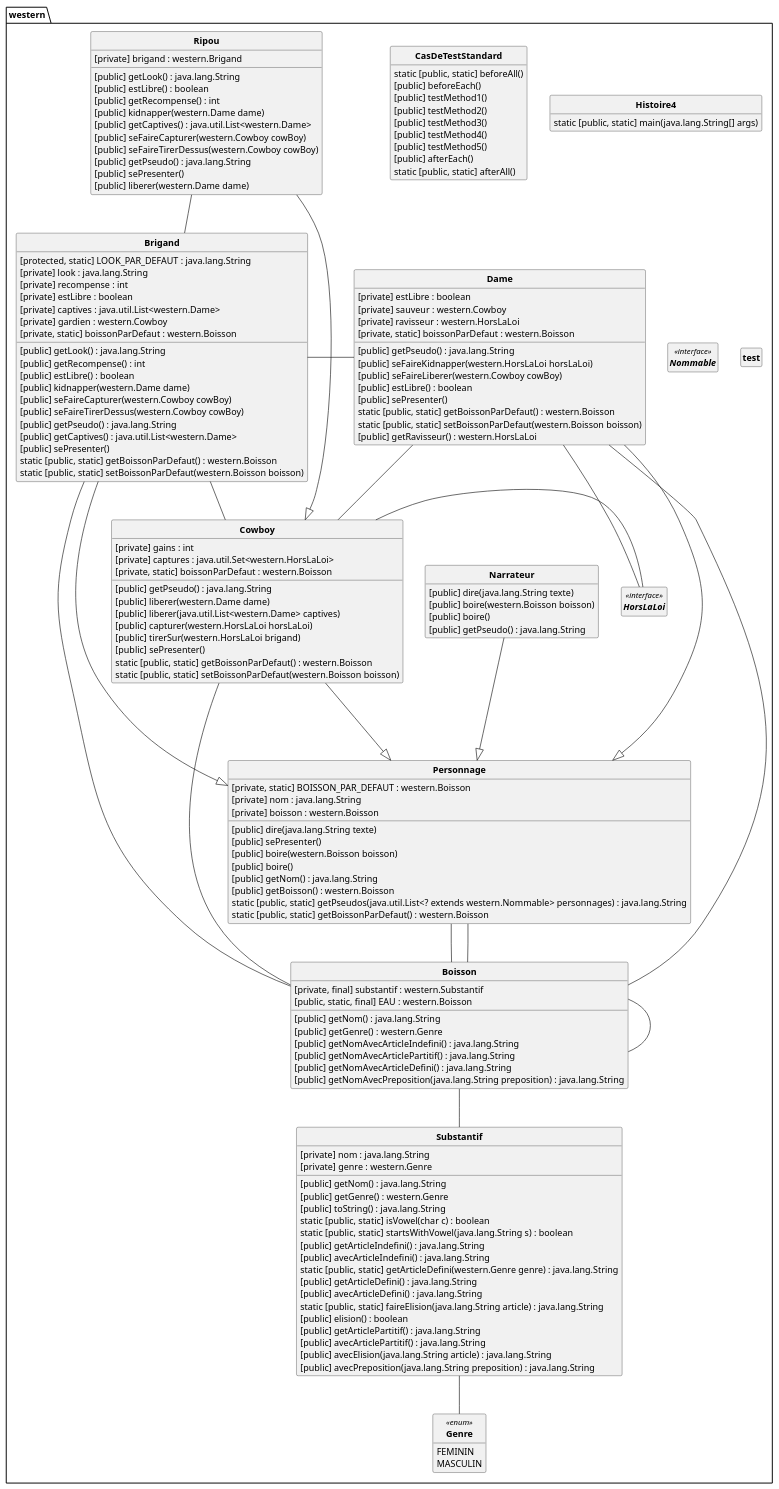
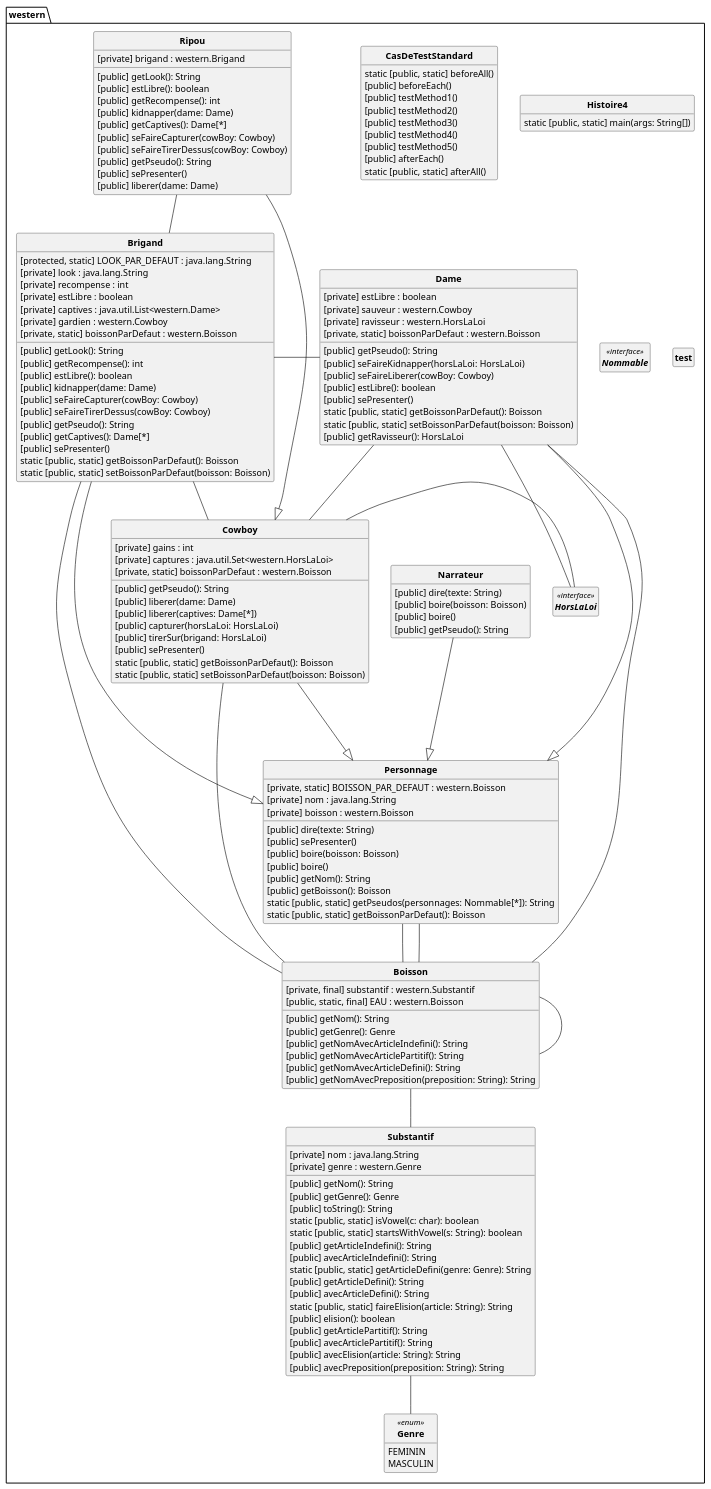
The diagram in src/pumlFromJava/DC_Western.puml (SylvainSchaefer/Java-to-PUML), drawn with PlantUML before and after one commit. The commit also changed other lines of this file and 8 other files, not shown here.

```diff
--- a/src/pumlFromJava/DC_Western.puml
+++ b/src/pumlFromJava/DC_Western.puml
@@ -1,189 +1,191 @@
 @startuml
 'https://plantuml.com/class-diagram
 skinparam style strictuml
 skinparam classAttributeIconSize 0
 skinparam classFontStyle Bold
 hide empty members
 
+'''DCA + 
 Class western.Boisson{
 [private, final] substantif : western.Substantif
 [public, static, final] EAU : western.Boisson
-[public] getNom() : java.lang.String
-[public] getGenre() : western.Genre
-[public] getNomAvecArticleIndefini() : java.lang.String
-[public] getNomAvecArticlePartitif() : java.lang.String
-[public] getNomAvecArticleDefini() : java.lang.String
-[public] getNomAvecPreposition(java.lang.String preposition) : java.lang.String
+[public] getNom(): String
+[public] getGenre(): Genre
+[public] getNomAvecArticleIndefini(): String
+[public] getNomAvecArticlePartitif(): String
+[public] getNomAvecArticleDefini(): String
+[public] getNomAvecPreposition(preposition: String): String
 
 }
 western.Boisson -- western.Substantif
 western.Boisson -- western.Boisson
 
 
 Class western.Brigand{
 [protected, static] LOOK_PAR_DEFAUT : java.lang.String
 [private] look : java.lang.String
 [private] recompense : int
 [private] estLibre : boolean
 [private] captives : java.util.List<western.Dame>
 [private] gardien : western.Cowboy
-[public] getLook() : java.lang.String
-[public] getRecompense() : int
-[public] estLibre() : boolean
-[public] kidnapper(western.Dame dame)
-[public] seFaireCapturer(western.Cowboy cowBoy)
-[public] seFaireTirerDessus(western.Cowboy cowBoy)
-[public] getPseudo() : java.lang.String
-[public] getCaptives() : java.util.List<western.Dame>
+[public] getLook(): String
+[public] getRecompense(): int
+[public] estLibre(): boolean
+[public] kidnapper(dame: Dame)
+[public] seFaireCapturer(cowBoy: Cowboy)
+[public] seFaireTirerDessus(cowBoy: Cowboy)
+[public] getPseudo(): String
+[public] getCaptives(): Dame[*]
 [public] sePresenter()
 [private, static] boissonParDefaut : western.Boisson
-static [public, static] getBoissonParDefaut() : western.Boisson
-static [public, static] setBoissonParDefaut(western.Boisson boisson)
+static [public, static] getBoissonParDefaut(): Boisson
+static [public, static] setBoissonParDefaut(boisson: Boisson)
 
 }
 western.Brigand - western.Dame
 western.Brigand -- western.Cowboy
 western.Brigand -- western.Boisson
 
 western.Brigand ---|> western.Personnage
 Class western.CasDeTestStandard{
 static [public, static] beforeAll()
 [public] beforeEach()
 [public] testMethod1()
 [public] testMethod2()
 [public] testMethod3()
 [public] testMethod4()
 [public] testMethod5()
 [public] afterEach()
 static [public, static] afterAll()
 
 }
 
 
 Class western.Cowboy{
 [private] gains : int
 [private] captures : java.util.Set<western.HorsLaLoi>
-[public] getPseudo() : java.lang.String
-[public] liberer(western.Dame dame)
-[public] liberer(java.util.List<western.Dame> captives)
-[public] capturer(western.HorsLaLoi horsLaLoi)
-[public] tirerSur(western.HorsLaLoi brigand)
+[public] getPseudo(): String
+[public] liberer(dame: Dame)
+[public] liberer(captives: Dame[*])
+[public] capturer(horsLaLoi: HorsLaLoi)
+[public] tirerSur(brigand: HorsLaLoi)
 [public] sePresenter()
 [private, static] boissonParDefaut : western.Boisson
-static [public, static] getBoissonParDefaut() : western.Boisson
-static [public, static] setBoissonParDefaut(western.Boisson boisson)
+static [public, static] getBoissonParDefaut(): Boisson
+static [public, static] setBoissonParDefaut(boisson: Boisson)
 
 }
 western.Cowboy - western.HorsLaLoi
 western.Cowboy -- western.Boisson
 
 western.Cowboy ---|> western.Personnage
 Class western.Dame{
 [private] estLibre : boolean
 [private] sauveur : western.Cowboy
 [private] ravisseur : western.HorsLaLoi
-[public] getPseudo() : java.lang.String
-[public] seFaireKidnapper(western.HorsLaLoi horsLaLoi)
-[public] seFaireLiberer(western.Cowboy cowBoy)
-[public] estLibre() : boolean
+[public] getPseudo(): String
+[public] seFaireKidnapper(horsLaLoi: HorsLaLoi)
+[public] seFaireLiberer(cowBoy: Cowboy)
+[public] estLibre(): boolean
 [public] sePresenter()
 [private, static] boissonParDefaut : western.Boisson
-static [public, static] getBoissonParDefaut() : western.Boisson
-static [public, static] setBoissonParDefaut(western.Boisson boisson)
-[public] getRavisseur() : western.HorsLaLoi
+static [public, static] getBoissonParDefaut(): Boisson
+static [public, static] setBoissonParDefaut(boisson: Boisson)
+[public] getRavisseur(): HorsLaLoi
 
 }
 western.Dame -- western.Cowboy
 western.Dame -- western.HorsLaLoi
 western.Dame -- western.Boisson
 
 western.Dame ---|> western.Personnage
 Enum western.Genre<<enum>> {
 FEMININ
 MASCULIN
 
 }
 Class western.Histoire4{
-static [public, static] main(java.lang.String[] args)
+static [public, static] main(args: String[])
 
 }
 
 
 Interface western.HorsLaLoi<<interface>> {
 }
 Class western.Narrateur{
-[public] dire(java.lang.String texte)
-[public] boire(western.Boisson boisson)
+[public] dire(texte: String)
+[public] boire(boisson: Boisson)
 [public] boire()
-[public] getPseudo() : java.lang.String
+[public] getPseudo(): String
 
 }
 
 western.Narrateur ---|> western.Personnage
 Interface western.Nommable<<interface>> {
 }
 Class western.Personnage{
 [private, static] BOISSON_PAR_DEFAUT : western.Boisson
 [private] nom : java.lang.String
 [private] boisson : western.Boisson
-[public] dire(java.lang.String texte)
+[public] dire(texte: String)
 [public] sePresenter()
-[public] boire(western.Boisson boisson)
+[public] boire(boisson: Boisson)
 [public] boire()
-[public] getNom() : java.lang.String
-[public] getBoisson() : western.Boisson
-static [public, static] getPseudos(java.util.List<? extends western.Nommable> personnages) : java.lang.String
-static [public, static] getBoissonParDefaut() : western.Boisson
+[public] getNom(): String
+[public] getBoisson(): Boisson
+static [public, static] getPseudos(personnages: Nommable[*]): String
+static [public, static] getBoissonParDefaut(): Boisson
 
 }
 western.Personnage -- western.Boisson
 western.Personnage -- western.Boisson
 
 
 Class western.Ripou{
 [private] brigand : western.Brigand
-[public] getLook() : java.lang.String
-[public] estLibre() : boolean
-[public] getRecompense() : int
-[public] kidnapper(western.Dame dame)
-[public] getCaptives() : java.util.List<western.Dame>
-[public] seFaireCapturer(western.Cowboy cowBoy)
-[public] seFaireTirerDessus(western.Cowboy cowBoy)
-[public] getPseudo() : java.lang.String
+[public] getLook(): String
+[public] estLibre(): boolean
+[public] getRecompense(): int
+[public] kidnapper(dame: Dame)
+[public] getCaptives(): Dame[*]
+[public] seFaireCapturer(cowBoy: Cowboy)
+[public] seFaireTirerDessus(cowBoy: Cowboy)
+[public] getPseudo(): String
 [public] sePresenter()
-[public] liberer(western.Dame dame)
+[public] liberer(dame: Dame)
 
 }
 western.Ripou -- western.Brigand
 
 western.Ripou ---|> western.Cowboy
 Class western.Substantif{
 [private] nom : java.lang.String
 [private] genre : western.Genre
-[public] getNom() : java.lang.String
-[public] getGenre() : western.Genre
-[public] toString() : java.lang.String
-static [public, static] isVowel(char c) : boolean
-static [public, static] startsWithVowel(java.lang.String s) : boolean
-[public] getArticleIndefini() : java.lang.String
-[public] avecArticleIndefini() : java.lang.String
-static [public, static] getArticleDefini(western.Genre genre) : java.lang.String
-[public] getArticleDefini() : java.lang.String
-[public] avecArticleDefini() : java.lang.String
-static [public, static] faireElision(java.lang.String article) : java.lang.String
-[public] elision() : boolean
-[public] getArticlePartitif() : java.lang.String
-[public] avecArticlePartitif() : java.lang.String
-[public] avecElision(java.lang.String article) : java.lang.String
-[public] avecPreposition(java.lang.String preposition) : java.lang.String
+[public] getNom(): String
+[public] getGenre(): Genre
+[public] toString(): String
+static [public, static] isVowel(c: char): boolean
+static [public, static] startsWithVowel(s: String): boolean
+[public] getArticleIndefini(): String
+[public] avecArticleIndefini(): String
+static [public, static] getArticleDefini(genre: Genre): String
+[public] getArticleDefini(): String
+[public] avecArticleDefini(): String
+static [public, static] faireElision(article: String): String
+[public] elision(): boolean
+[public] getArticlePartitif(): String
+[public] avecArticlePartitif(): String
+[public] avecElision(article: String): String
+[public] avecPreposition(preposition: String): String
 
 }
 western.Substantif -- western.Genre
 
 
 Class western.test{
 
 }
 
 
+
 @enduml
```
